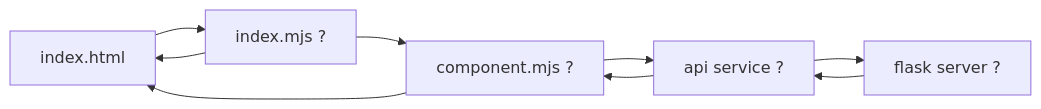
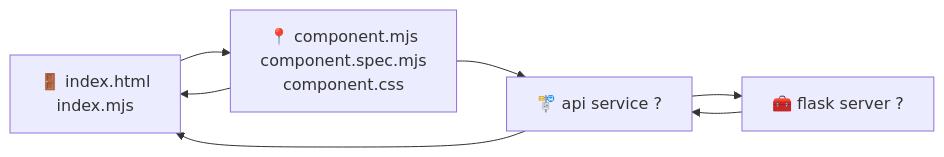
Before and after one commit to CodeYourFuture/curriculum: the diagram in common-content/en/module/legacy/understanding-legacy-code/index.md, drawn with Mermaid. The commit also changed other lines of this file and 3 other files, not shown here.

````diff
--- a/common-content/en/module/legacy/understanding-legacy-code/index.md
+++ b/common-content/en/module/legacy/understanding-legacy-code/index.md
@@ -15,13 +13,15 @@
 ```mermaid
 flowchart LR
-    A[index.html] --> B[index.mjs ?]
-    B --> C[component.mjs ?]
-    C --> D[api service ?]
-    D --> E[flask server ?]
-    E --> D
+    A[🚪 index.html
+    index.mjs]
+    A --> B[📍 component.mjs
+    component.spec.mjs
+    component.css]
+    B --> C[🚏 api service ?]
+    C --> D[🧰 flask server ?]
     D --> C
     B --> A
     C --> A
 
 
 ```
````
